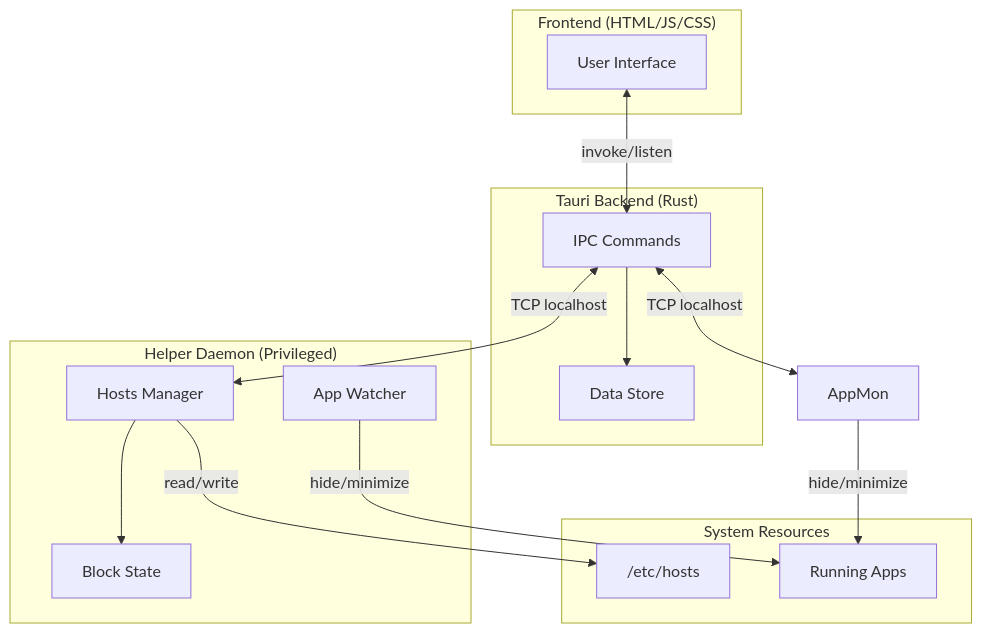
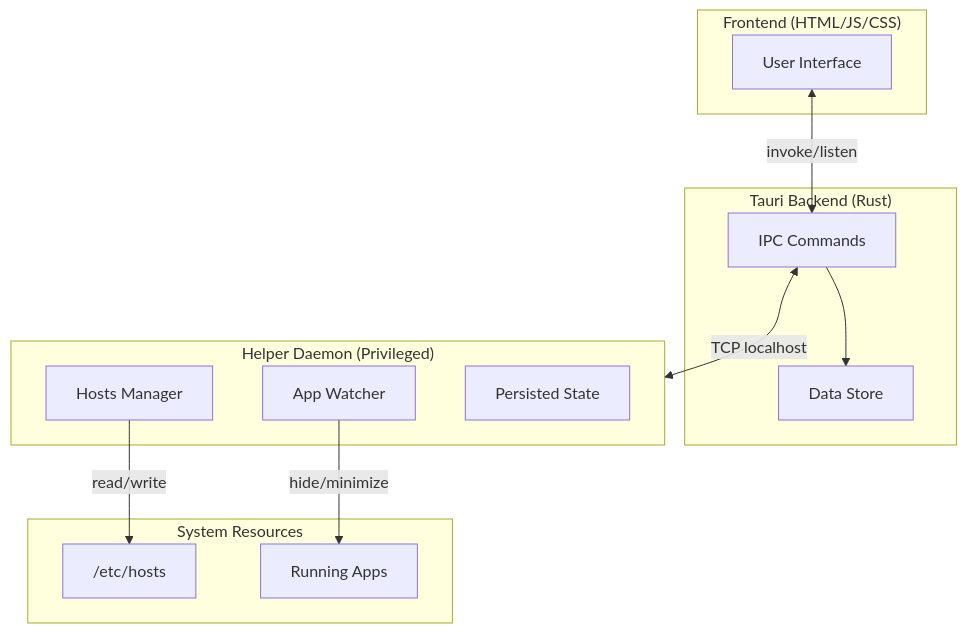
The first of 2 diagrams in README.md (kasnder/redd-block), drawn with Mermaid before and after one commit. The commit also changed other lines of this file, not shown here.

````diff
--- a/README.md
+++ b/README.md
@@ -25,31 +24,28 @@
 ```mermaid
 flowchart TB
     subgraph Frontend["Frontend (HTML/JS/CSS)"]
         UI[User Interface]
     end
 
     subgraph Tauri["Tauri Backend (Rust)"]
         IPC[IPC Commands]
         Data[Data Store]
     end
 
     subgraph Helper["Helper Daemon (Privileged)"]
         HostsMgr[Hosts Manager]
         AppWatcher[App Watcher]
-        State[Block State]
+        State[Persisted State]
     end
 
     subgraph System["System Resources"]
         Hosts["/etc/hosts"]
         Apps[Running Apps]
     end
 
     UI <-->|invoke/listen| IPC
-    IPC <-->|TCP localhost| HostsMgr
-    IPC <-->|TCP localhost| AppMon
+    IPC <-->|TCP localhost| Helper
     IPC --> Data
-    AppMon -->|hide/minimize| Apps
     HostsMgr -->|read/write| Hosts
-    HostsMgr --> State
     AppWatcher -->|hide/minimize| Apps
 ```
````
